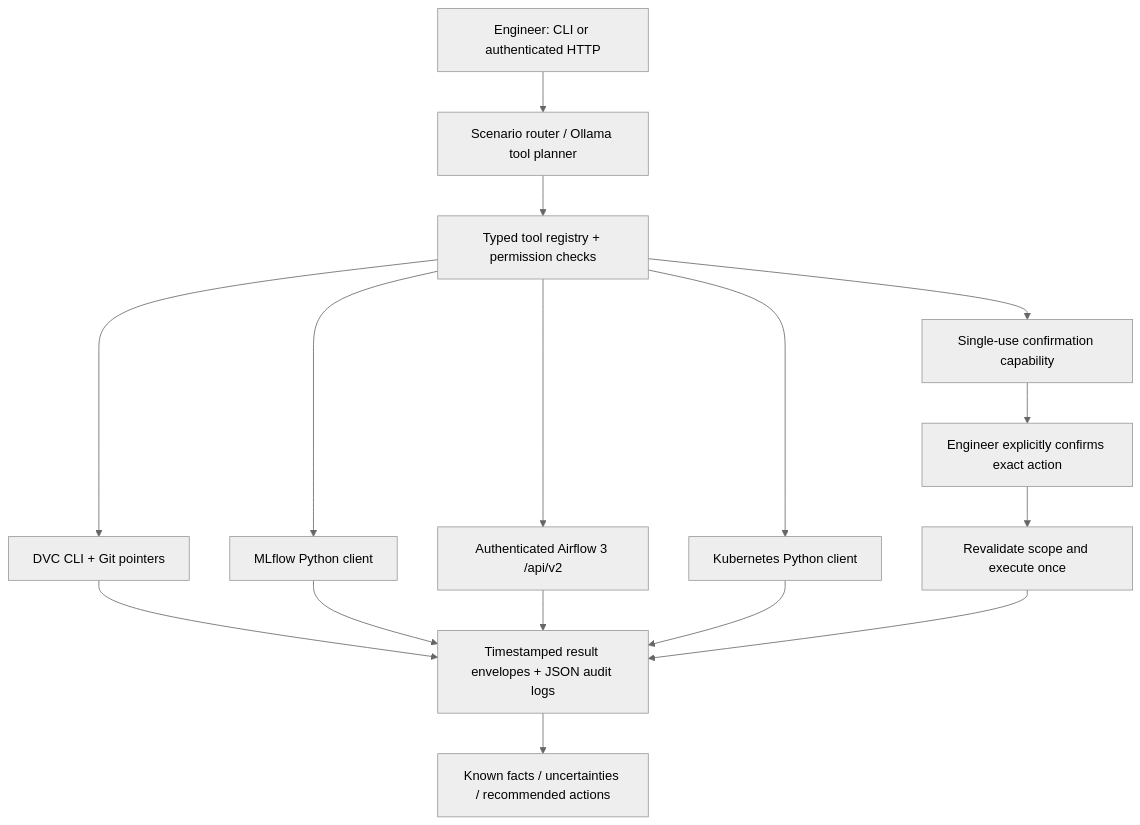
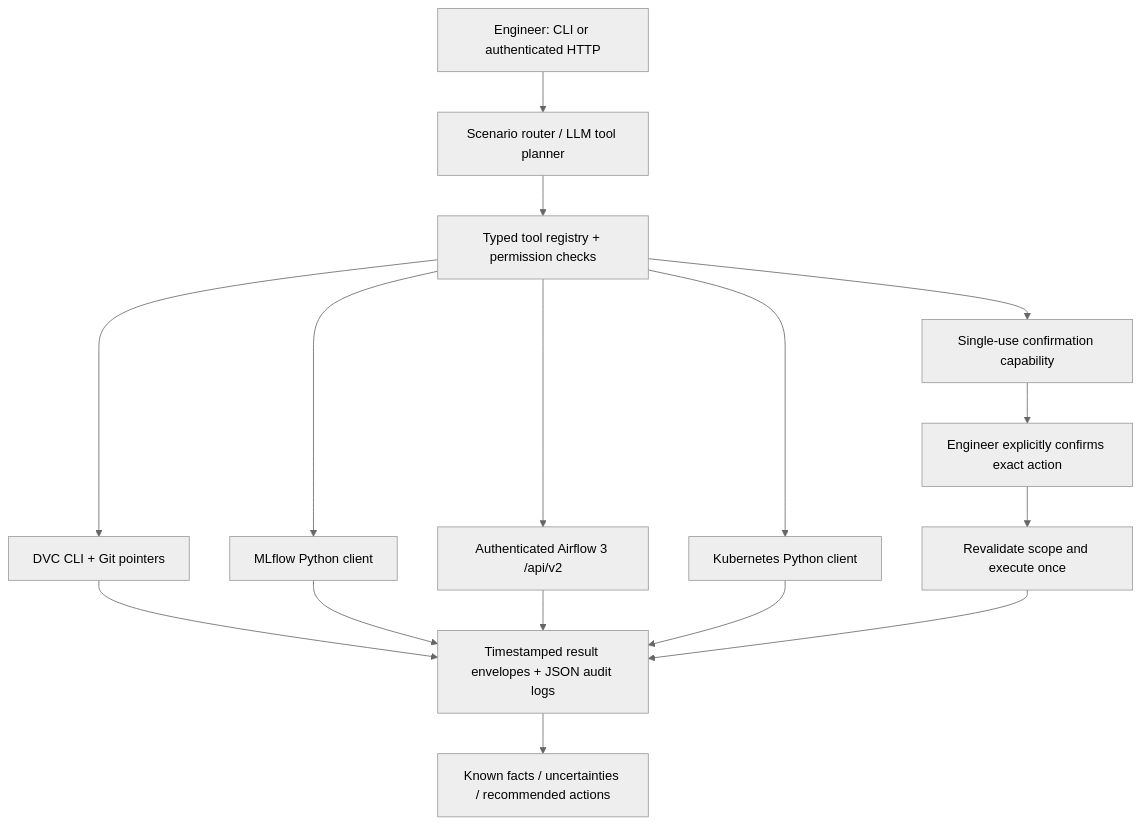
The first of 2 diagrams in architecture.md (OwaisAbdullah19/mlops-assignment-03-ai-agent), drawn with Mermaid (neutral theme) before and after one commit. The commit also changed other lines of this file and 31 other files, not shown here.

````diff
--- a/architecture.md
+++ b/architecture.md
@@ -3,18 +3,18 @@
 ```mermaid
 flowchart TD
-  User[Engineer: CLI or authenticated HTTP] --> Router[Scenario router / Ollama tool planner]
+  User[Engineer: CLI or authenticated HTTP] --> Router[Scenario router / LLM tool planner]
   Router --> Registry[Typed tool registry + permission checks]
   Registry --> DVC[DVC CLI + Git pointers]
   Registry --> MLflow[MLflow Python client]
   Registry --> Airflow[Authenticated Airflow 3 /api/v2]
   Registry --> K8s[Kubernetes Python client]
   Registry --> Approval[Single-use confirmation capability]
   Approval --> Human[Engineer explicitly confirms exact action]
   Human --> Execute[Revalidate scope and execute once]
   DVC --> Evidence[Timestamped result envelopes + JSON audit logs]
   MLflow --> Evidence
   Airflow --> Evidence
   K8s --> Evidence
   Execute --> Evidence
   Evidence --> Report[Known facts / uncertainties / recommended actions]
 ```
````
